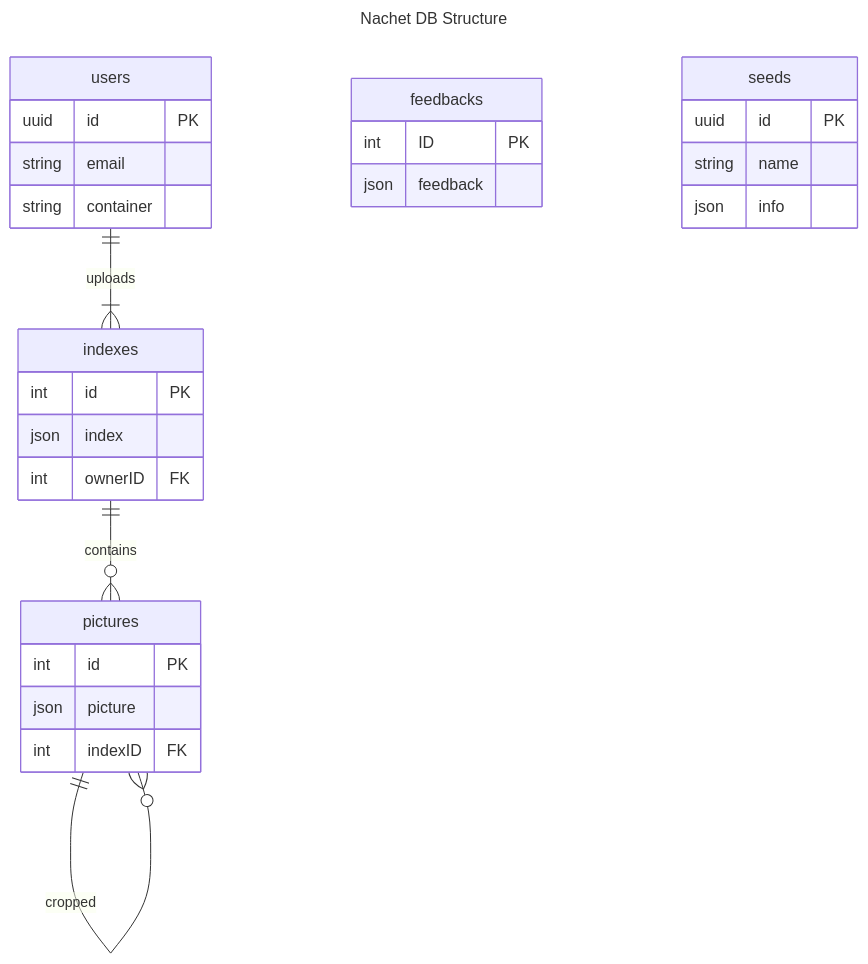
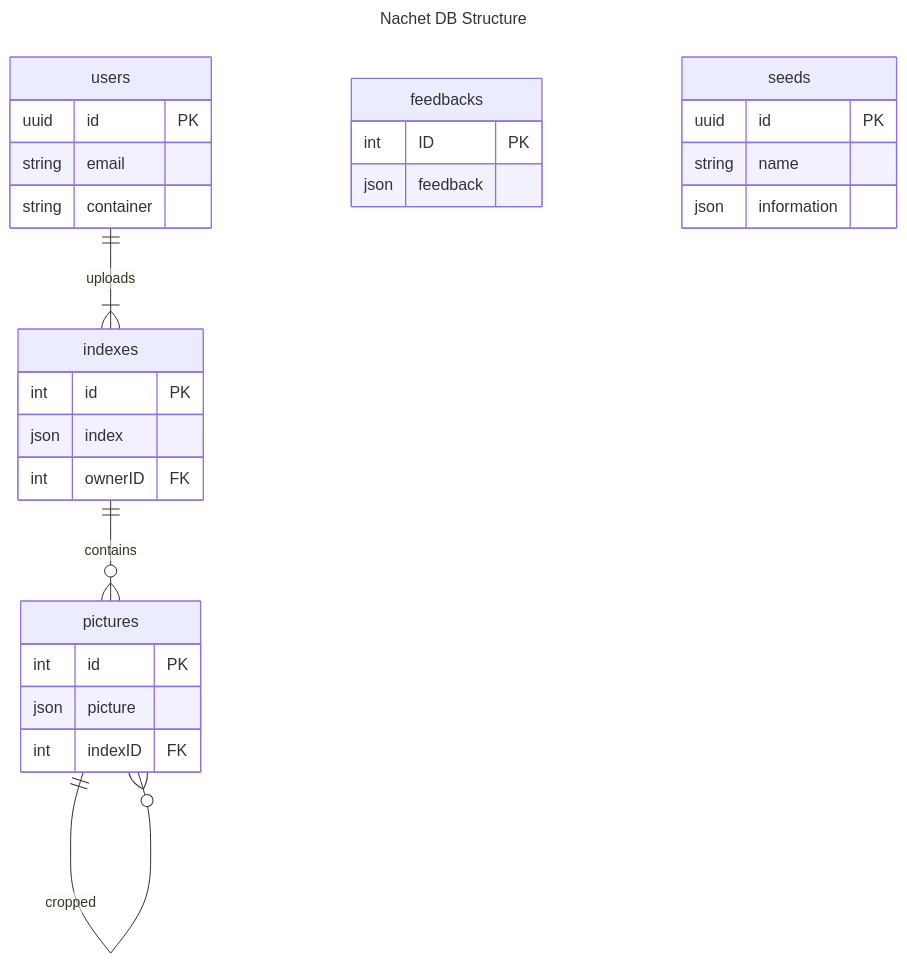
Before and after one commit to ai-cfia/ailab-datastore: the sixth of 6 diagrams in metadata-doc.md, drawn with Mermaid. The commit also changed 2 other files, not shown here.

Commit message:
Fixes #2: Changed id to uuid

````diff
--- a/metadata-doc.md
+++ b/metadata-doc.md
@@ -270,35 +270,35 @@
 ``` mermaid 
 ---
 title: Nachet DB Structure
 ---
 erDiagram
   users{
     uuid id PK
     string email
     string container  
   }
   indexes{
     int id PK
     json index
     int ownerID FK
   }
   pictures{
     int id PK
     json picture
     int indexID FK
   }
   feedbacks{
     int ID PK
     json feedback
   }
   seeds{
     uuid id PK
     string name
-    json info
+    json information
   }
 
   users ||--|{ indexes: uploads
   indexes ||--o{pictures: contains
   pictures ||--o{pictures: cropped
 
 ```
````
